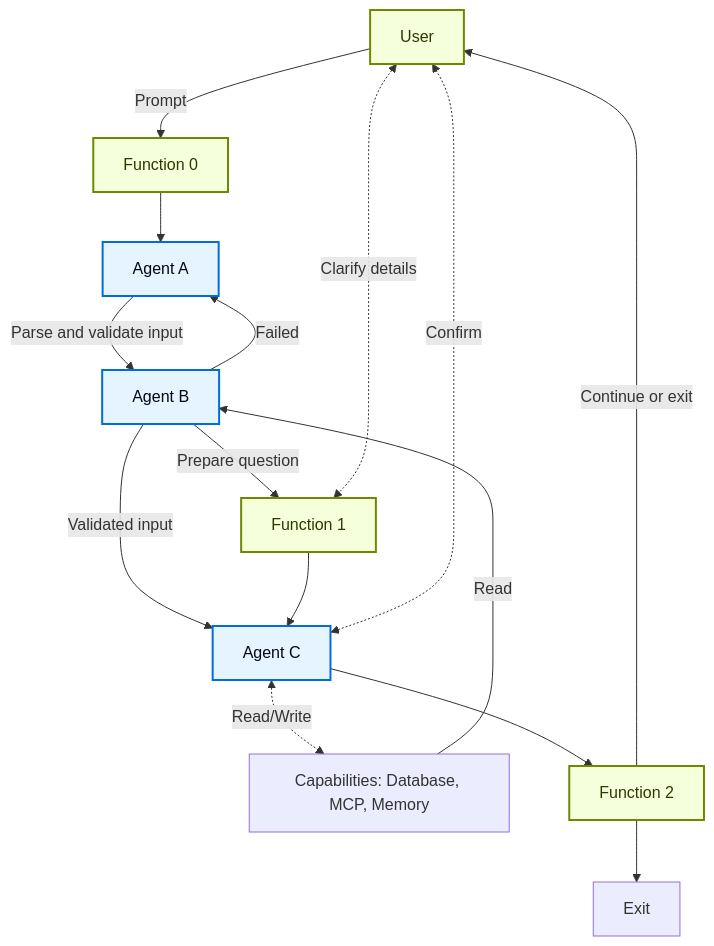
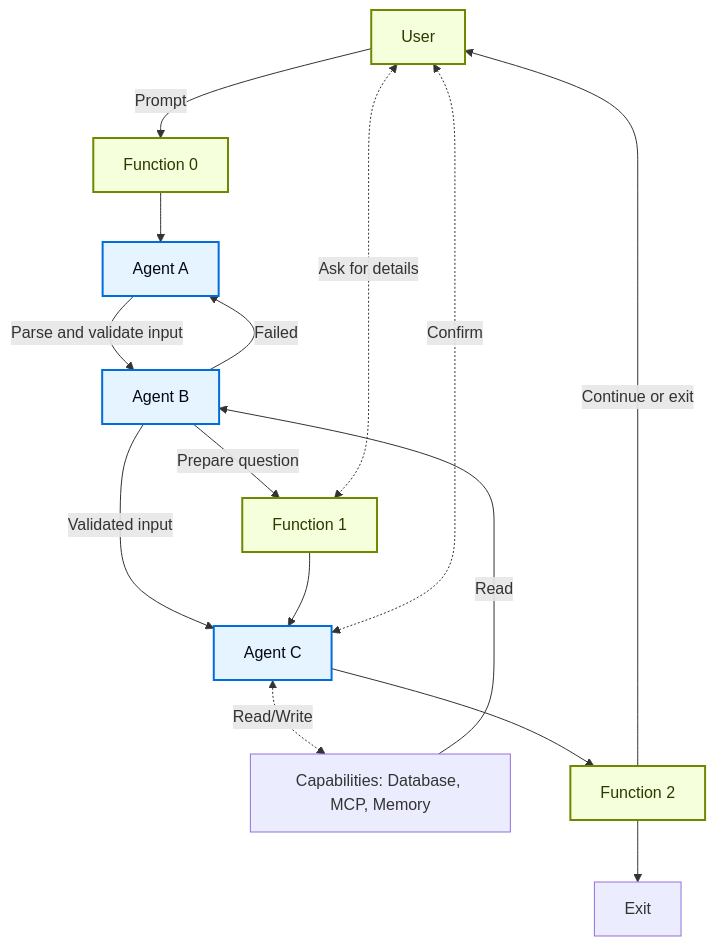
Before and after one commit to sweden-ai-factory/agentic-ai-lesson: the second of 3 diagrams in content/multi-agent.md, drawn with Mermaid. The commit also changed other lines of this file and 2 other files, not shown here.

````diff
--- a/content/multi-agent.md
+++ b/content/multi-agent.md
@@ -109,23 +121,23 @@
 ```mermaid
 graph TB
     U[User] -->|Prompt| H[Function 0]
     H --> A[Agent A] 
     A --> |Parse and validate input| B[Agent B]
     B --> |Failed| A
     B --> |Prepare question| F[Function 1]
     M --> |Read| B
-    U <-.->|Clarify details| F
+    U <-.->|Ask for details| F
     B --> |Validated input| C
     F --> C[Agent C]
     C <-.->|Read/Write| M[Capabilities: Database, MCP, Memory]
     C <-.->|Confirm| U
     C --> G[Function 2]
     G -->|Continue or exit| U
     G --> Z[Exit]
 
     classDef func fill:#F6FFDB,stroke:#6E8900,stroke-width:2px,color:#2E3900
     classDef agent fill:#E5F4FF,stroke:#006DDD,stroke-width:2px,color:#030710
 
     class U,F,G,H func
     class A,B,C,,E agent
 ```
````
